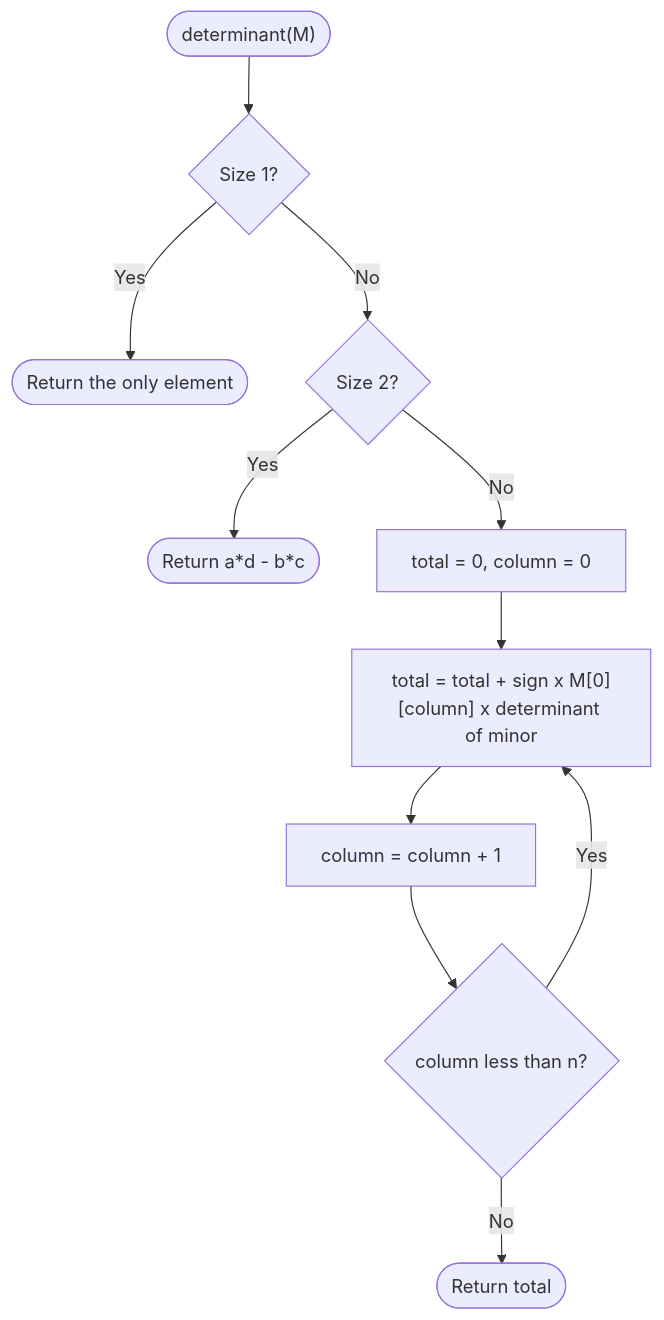
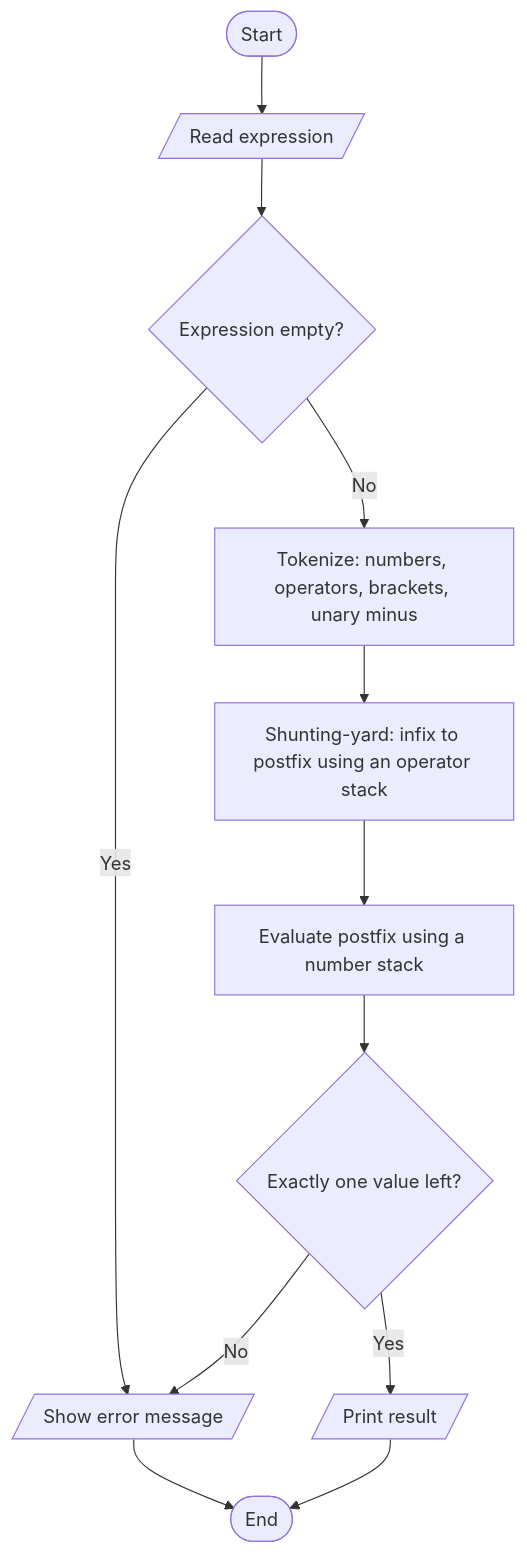
One commit to AtlaSwathi29/2026_27_CSE4-221_python_programming changed the first of 2 diagrams in README.md. Above: the diagram before and after it, drawn with Mermaid. The commit also changed other lines of this file and 5 other files, not shown here.

````diff
--- a/README.md
+++ b/README.md
@@ -62,13 +64,14 @@
 ```mermaid
 flowchart TD
-    A(["determinant(M)"]) --> B{"Size 1?"}
-    B -- Yes --> R1(["Return the only element"])
-    B -- No --> C{"Size 2?"}
-    C -- Yes --> R2(["Return a*d - b*c"])
-    C -- No --> D["total = 0, column = 0"]
-    D --> E["total = total + sign x M[0][column] x determinant of minor"]
-    E --> F["column = column + 1"]
-    F --> G{"column less than n?"}
-    G -- Yes --> E
-    G -- No --> R3(["Return total"])
+    A(["Start"]) --> B[/"Read expression"/]
+    B --> C{"Expression empty?"}
+    C -- Yes --> ERR[/"Show error message"/]
+    C -- No --> D["Tokenize: numbers, operators, brackets, unary minus"]
+    D --> E["Shunting-yard: infix to postfix using an operator stack"]
+    E --> F["Evaluate postfix using a number stack"]
+    F --> G{"Exactly one value left?"}
+    G -- No --> ERR
+    G -- Yes --> H[/"Print result"/]
+    H --> Z(["End"])
+    ERR --> Z
 ```
````
